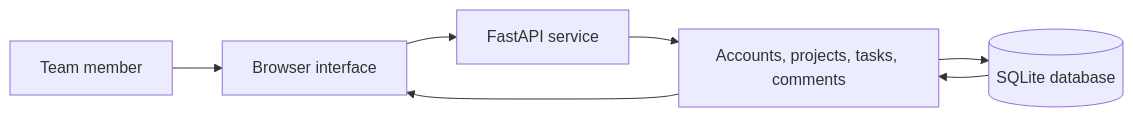
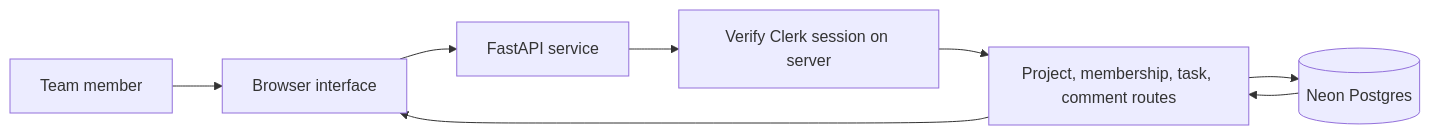
One commit to kalyan870/CodeAlpha_ProjectManagement changed the diagram in README.md. Above: the diagram before and after it, drawn with Mermaid. The commit also changed other lines of this file and 13 other files, not shown here.

First line of the commit message:
Add Clerk authentication and Neon persistence (#2)

````diff
--- a/README.md
+++ b/README.md
@@ -13,8 +13,9 @@
 ```mermaid
 flowchart LR
   U[Team member] --> F[Browser interface]
   F --> A[FastAPI service]
-  A --> R[Accounts, projects, tasks, comments]
-  R --> D[(SQLite database)]
+  A --> C[Verify Clerk session on server]
+  C --> R[Project, membership, task, comment routes]
+  R --> D[(Neon Postgres)]
   D --> R --> F
 ```
````
